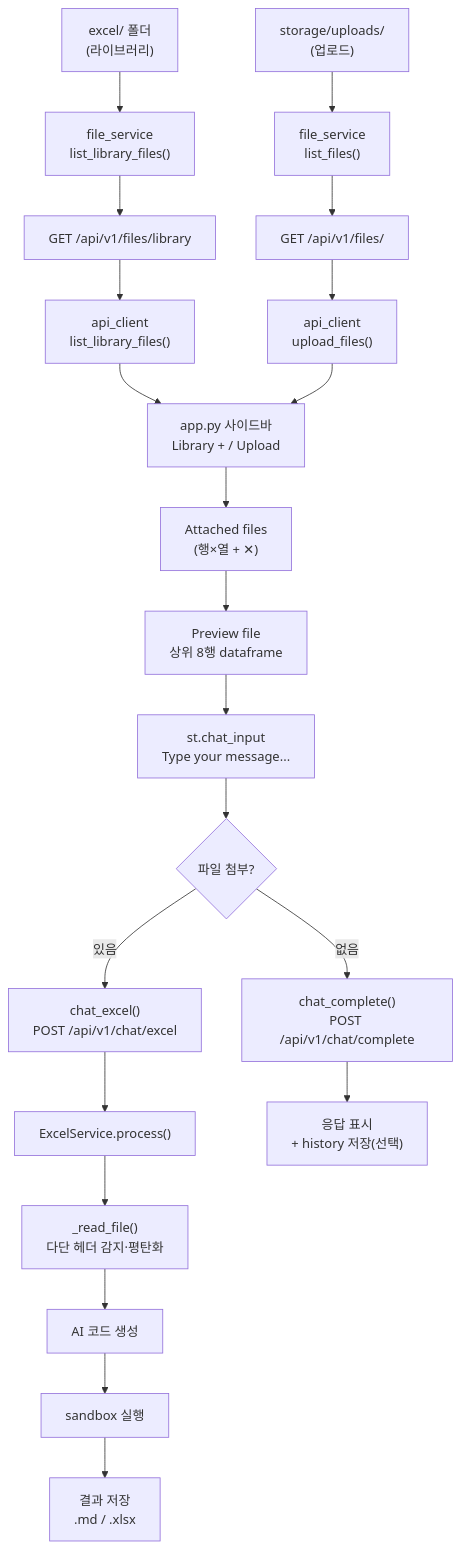
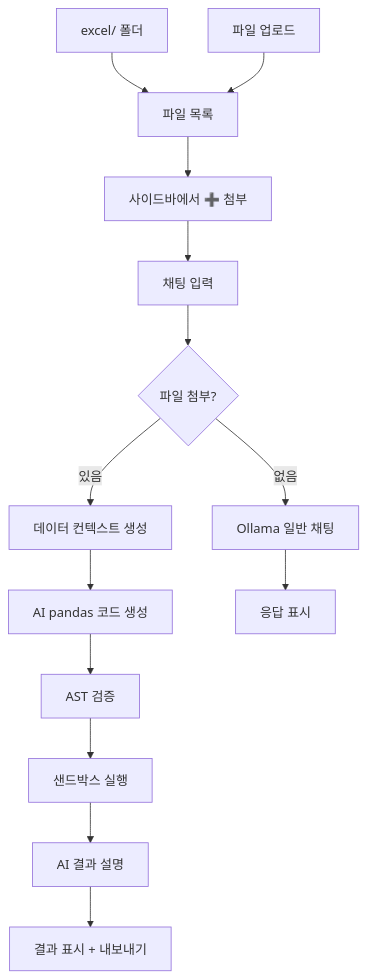
The diagram in README.md (eunbijoel/SW_Tech), drawn with Mermaid before and after one commit. The commit also changed other lines of this file and 3 other files, not shown here.

First line of the commit message:
feat: add AI Excel Agent Studio with light theme and Ollama fixes

````diff
--- a/README.md
+++ b/README.md
@@ -27,23 +59,16 @@
 ```mermaid
 flowchart TD
-    A["excel/ 폴더\n(라이브러리)"] --> B["file_service\nlist_library_files()"]
-    C["storage/uploads/\n(업로드)"] --> D["file_service\nlist_files()"]
-    B --> E["GET /api/v1/files/library"]
-    D --> F["GET /api/v1/files/"]
-    E --> G["api_client\nlist_library_files()"]
-    F --> H["api_client\nupload_files()"]
-    G --> I["app.py 사이드바\nLibrary + / Upload"]
-    H --> I
-    I --> J["Attached files\n(행×열 + ✕)"]
-    J --> K["Preview file\n상위 8행 dataframe"]
-    K --> L["st.chat_input\nType your message..."]
-    L --> M{"파일 첨부?"}
-    M -->|없음| N["chat_complete()\nPOST /api/v1/chat/complete"]
-    M -->|있음| O["chat_excel()\nPOST /api/v1/chat/excel"]
-    O --> P["ExcelService.process()"]
-    P --> Q["_read_file()\n다단 헤더 감지·평탄화"]
-    Q --> R["AI 코드 생성"]
-    R --> S["sandbox 실행"]
-    S --> T["결과 저장\n.md / .xlsx"]
-    N --> U["응답 표시\n+ history 저장(선택)"]
+    A["excel/ 폴더"] --> B["파일 목록"]
+    C["파일 업로드"] --> B
+    B --> D["사이드바에서 ➕ 첨부"]
+    D --> E["채팅 입력"]
+    E --> F{"파일 첨부?"}
+    F -->|없음| G["Ollama 일반 채팅"]
+    F -->|있음| H["데이터 컨텍스트 생성"]
+    H --> I["AI pandas 코드 생성"]
+    I --> J["AST 검증"]
+    J --> K["샌드박스 실행"]
+    K --> L["AI 결과 설명"]
+    L --> M["결과 표시 + 내보내기"]
+    G --> N["응답 표시"]
 ```
````
